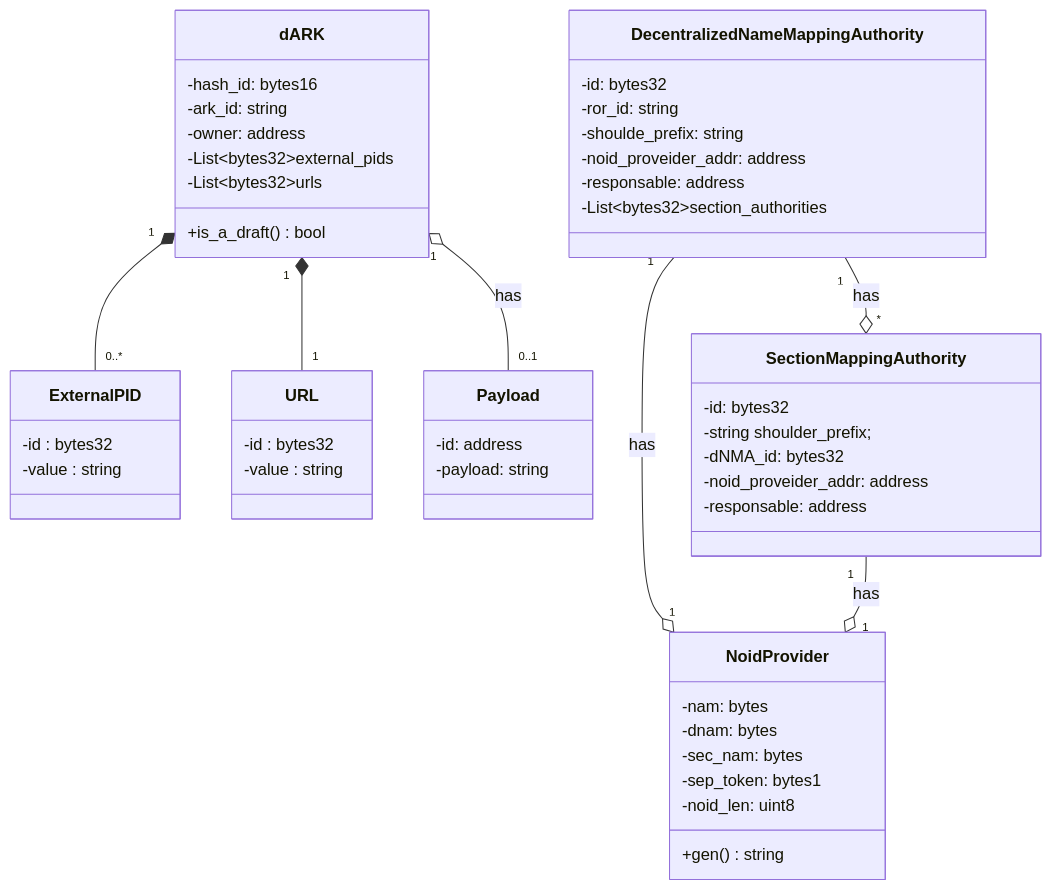
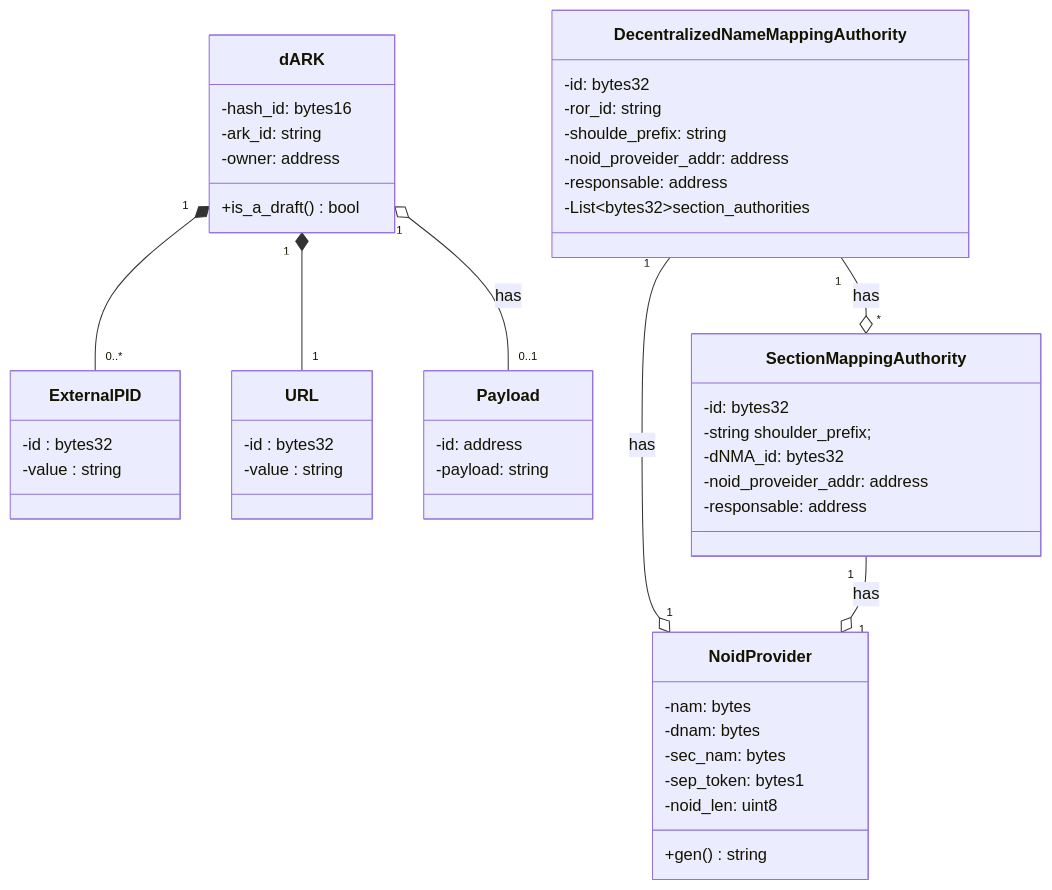
Before and after one commit to dark-pid/dARK: the diagram in docs/diagrams/dark_core_entites_class.mmd, drawn with Mermaid.

Commit message:
remiving list from dARL #1

```diff
--- a/docs/diagrams/dark_core_entites_class.mmd
+++ b/docs/diagrams/dark_core_entites_class.mmd
@@ -1,65 +1,62 @@
 classDiagram
 
     class dARK{
         -hash_id: bytes16
         -ark_id: string
         -owner: address
-
-        -List~bytes32~external_pids
-        -List~bytes32~urls
         
         +is_a_draft() bool
     }
 
     class ExternalPID{
         -id : bytes32
         -value : string
     }
 
     class URL{
         -id : bytes32
         -value : string
     }
 
     class Payload{
         -id: address
         -payload: string
     }
 
     dARK "1" o-- "0..1" Payload : has
     
     dARK "1" *--  "0..*" ExternalPID
     dARK "1" *--  "1" URL
 
 
     class DecentralizedNameMappingAuthority{
         -id: bytes32
         -ror_id: string
         -shoulde_prefix: string
         -noid_proveider_addr: address
         -responsable: address
         -List~bytes32~section_authorities
     }
 
     class SectionMappingAuthority {
         -id: bytes32
         -string shoulder_prefix;
         -dNMA_id: bytes32
         -noid_proveider_addr: address
         -responsable: address
     }
 
     class NoidProvider{
         -nam: bytes
         -dnam: bytes
         -sec_nam: bytes
         -sep_token: bytes1
         -noid_len: uint8
 
         +gen() string
     }
 
     DecentralizedNameMappingAuthority "1" --o "1" NoidProvider: has
     SectionMappingAuthority "1" --o "1" NoidProvider: has
 
     DecentralizedNameMappingAuthority "1" --o "*" SectionMappingAuthority: has
```
